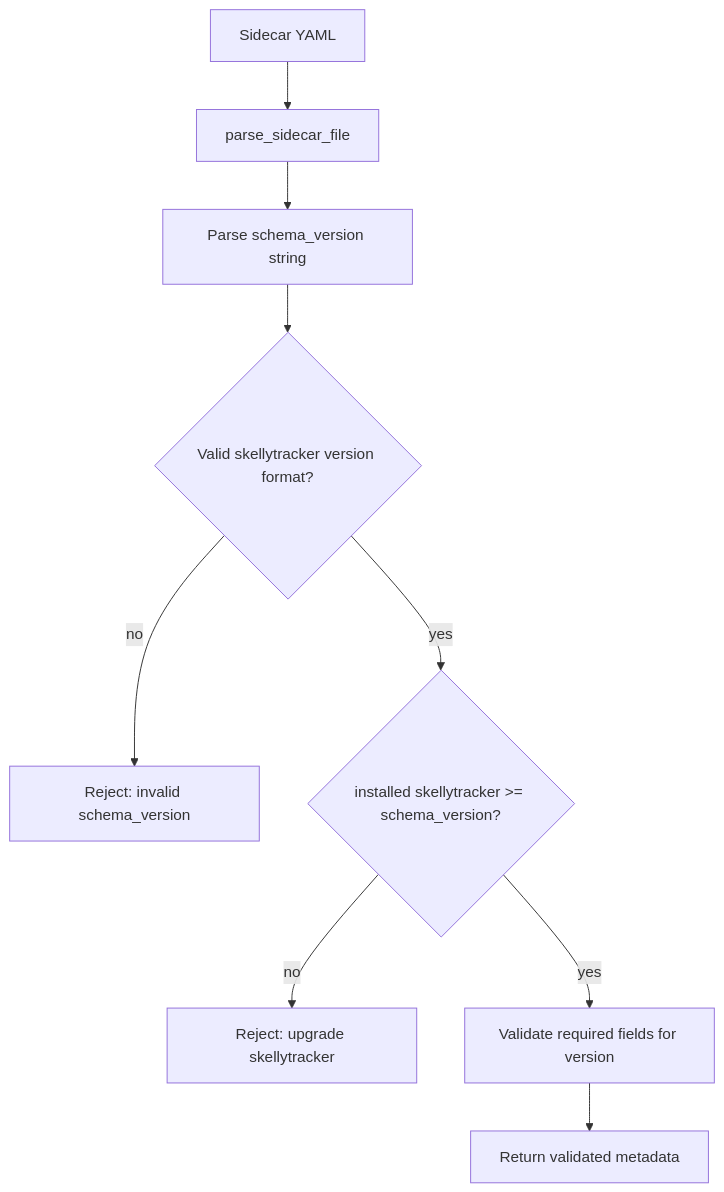
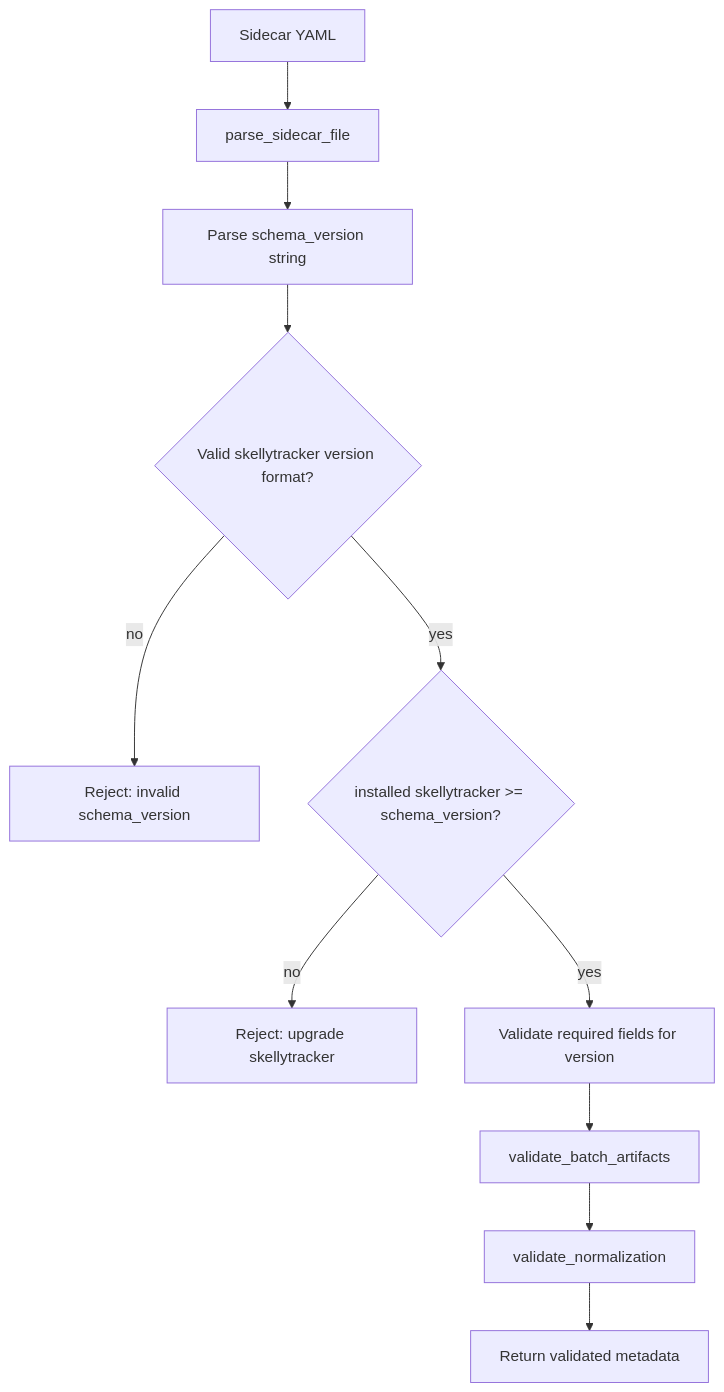
The first of 2 diagrams in plans/40_sidecar_spec_updates.plan.md (domisjustanumber/skellytracker), drawn with Mermaid before and after one commit. The commit also changed other lines of this file, not shown here.

Commit message:
Clarify normalisation, add multiple batch sizes, remove batch_resize to later plan

````diff
--- a/plans/40_sidecar_spec_updates.plan.md
+++ b/plans/40_sidecar_spec_updates.plan.md
@@ -277,11 +441,13 @@
 ```mermaid
 flowchart TD
   sidecar[Sidecar YAML] --> parseFile[parse_sidecar_file]
   parseFile --> parseVer[Parse schema_version string]
   parseVer --> formatOk{Valid skellytracker version format?}
   formatOk -->|no| rejectFormat[Reject: invalid schema_version]
   formatOk -->|yes| compat{installed skellytracker >= schema_version?}
   compat -->|no| rejectNew[Reject: upgrade skellytracker]
   compat -->|yes| fields[Validate required fields for version]
-  fields --> ok[Return validated metadata]
+  fields --> artifacts[validate_batch_artifacts]
+  artifacts --> norm[validate_normalization]
+  norm --> ok[Return validated metadata]
 ```
````
